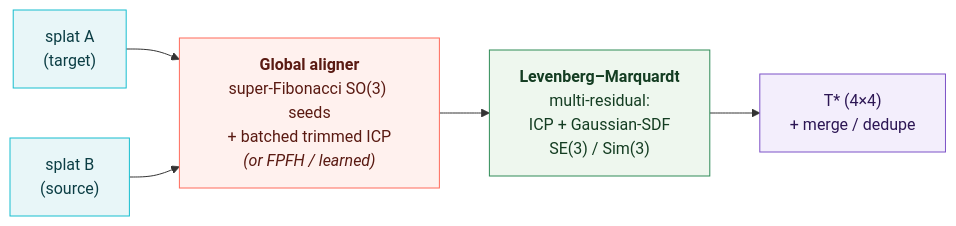
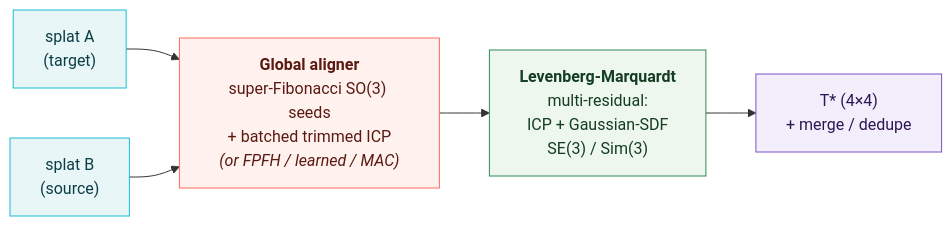
The diagram in README.md (Archerkattri/splatreg), drawn with Mermaid before and after one commit. The commit also changed other lines of this file and 50 other files, not shown here.

````diff
--- a/README.md
+++ b/README.md
@@ -149,11 +179,11 @@
 ```mermaid
 flowchart LR
     A["splat A<br/>(target)"]:::s --> G
     B["splat B<br/>(source)"]:::s --> G
-    G["<b>Global aligner</b><br/>super-Fibonacci SO(3) seeds<br/>+ batched trimmed ICP<br/><i>(or FPFH / learned)</i>"]:::g --> L
-    L["<b>Levenberg–Marquardt</b><br/>multi-residual:<br/>ICP + Gaussian-SDF<br/>SE(3) / Sim(3)"]:::l --> T["T*  (4×4)<br/>+ merge / dedupe"]:::o
+    G["<b>Global aligner</b><br/>super-Fibonacci SO(3) seeds<br/>+ batched trimmed ICP<br/><i>(or FPFH / learned / MAC)</i>"]:::g --> L
+    L["<b>Levenberg-Marquardt</b><br/>multi-residual:<br/>ICP + Gaussian-SDF<br/>SE(3) / Sim(3)"]:::l --> T["T*  (4×4)<br/>+ merge / dedupe"]:::o
     classDef s fill:#e8f6f8,stroke:#17becf,color:#0b3d44;
     classDef g fill:#fff1ee,stroke:#ff6b5b,color:#5a1a12;
     classDef l fill:#eef7ee,stroke:#2e8b57,color:#143d22;
     classDef o fill:#f3eefc,stroke:#7d52c7,color:#2c1654;
 ```
````
